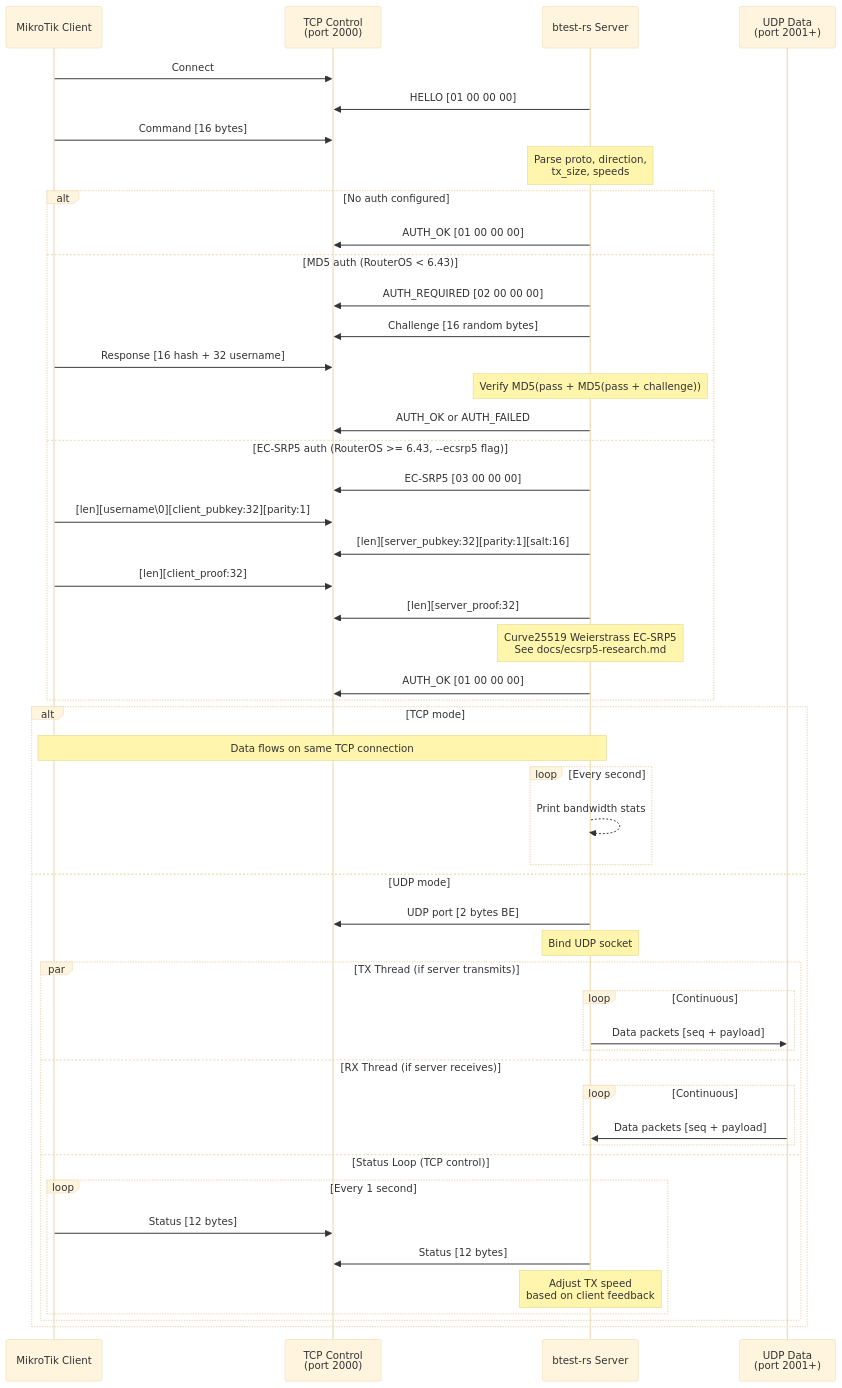
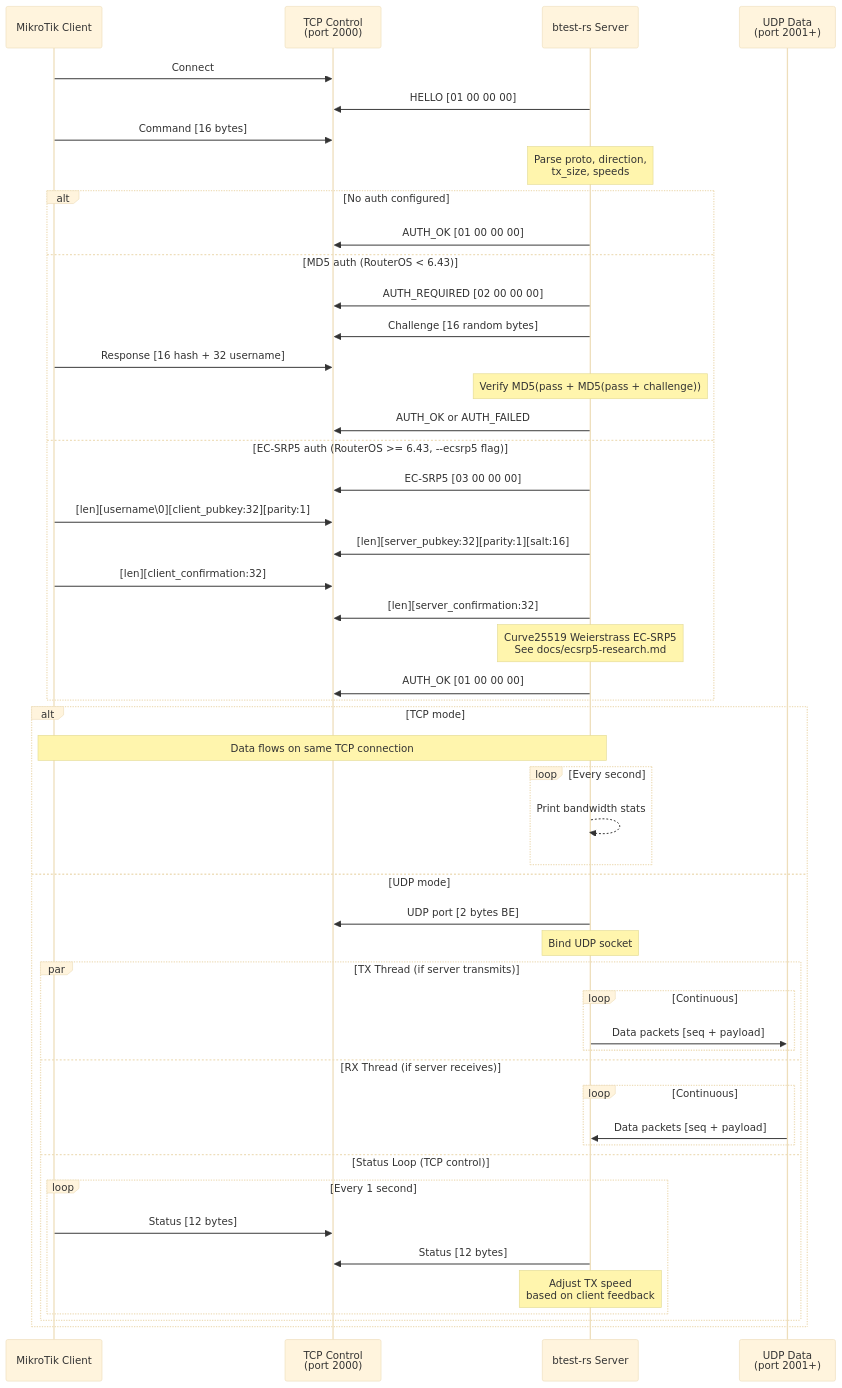
Before and after one commit to manawenuz/btest-rs: the second of 4 diagrams in docs/architecture.md, drawn with Mermaid (base theme). The commit also changed other lines of this file and 8 other files, not shown here.

````diff
--- a/docs/architecture.md
+++ b/docs/architecture.md
@@ -39,55 +48,55 @@
 ```mermaid
 sequenceDiagram
     participant MK as MikroTik Client
     participant TCP as TCP Control<br/>(port 2000)
     participant SRV as btest-rs Server
     participant UDP as UDP Data<br/>(port 2001+)
 
     MK->>TCP: Connect
     SRV->>TCP: HELLO [01 00 00 00]
     MK->>TCP: Command [16 bytes]
     Note over SRV: Parse proto, direction,<br/>tx_size, speeds
 
     alt No auth configured
         SRV->>TCP: AUTH_OK [01 00 00 00]
     else MD5 auth (RouterOS < 6.43)
         SRV->>TCP: AUTH_REQUIRED [02 00 00 00]
         SRV->>TCP: Challenge [16 random bytes]
         MK->>TCP: Response [16 hash + 32 username]
         Note over SRV: Verify MD5(pass + MD5(pass + challenge))
         SRV->>TCP: AUTH_OK or AUTH_FAILED
     else EC-SRP5 auth (RouterOS >= 6.43, --ecsrp5 flag)
         SRV->>TCP: EC-SRP5 [03 00 00 00]
         MK->>TCP: [len][username\0][client_pubkey:32][parity:1]
         SRV->>TCP: [len][server_pubkey:32][parity:1][salt:16]
-        MK->>TCP: [len][client_proof:32]
-        SRV->>TCP: [len][server_proof:32]
+        MK->>TCP: [len][client_confirmation:32]
+        SRV->>TCP: [len][server_confirmation:32]
         Note over SRV: Curve25519 Weierstrass EC-SRP5<br/>See docs/ecsrp5-research.md
         SRV->>TCP: AUTH_OK [01 00 00 00]
     end
 
     alt TCP mode
         Note over SRV,MK: Data flows on same TCP connection
         loop Every second
             SRV-->>SRV: Print bandwidth stats
         end
     else UDP mode
         SRV->>TCP: UDP port [2 bytes BE]
         Note over SRV: Bind UDP socket
         par TX Thread (if server transmits)
             loop Continuous
                 SRV->>UDP: Data packets [seq + payload]
             end
         and RX Thread (if server receives)
             loop Continuous
                 UDP->>SRV: Data packets [seq + payload]
             end
         and Status Loop (TCP control)
             loop Every 1 second
                 MK->>TCP: Status [12 bytes]
                 SRV->>TCP: Status [12 bytes]
                 Note over SRV: Adjust TX speed<br/>based on client feedback
             end
         end
     end
 ```
````
